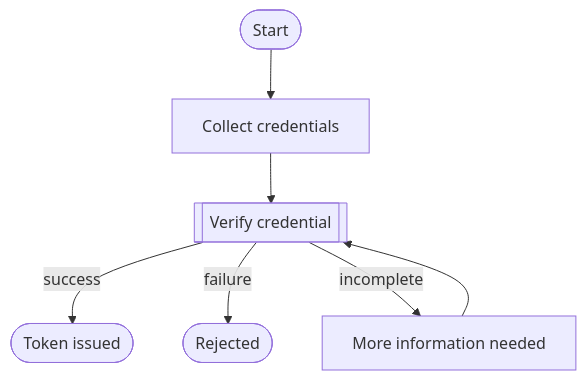
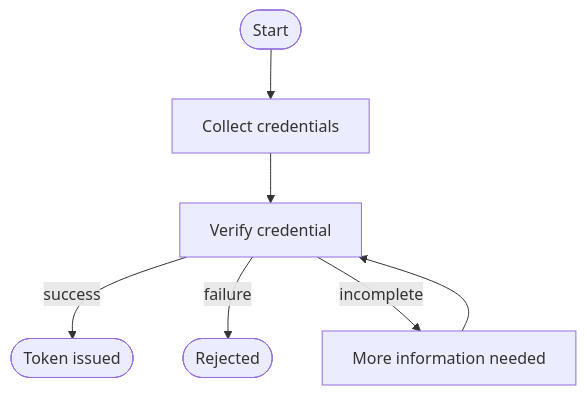
One commit to thiva-k/thunder changed the diagram in docs/versioned_docs/version-v1.0.x/use-cases/b2c/build-flows.mdx. Above: the diagram before and after it, drawn with Mermaid. The commit also changed 17 other files, not shown here.

````diff
--- a/docs/versioned_docs/version-v1.0.x/use-cases/b2c/build-flows.mdx
+++ b/docs/versioned_docs/version-v1.0.x/use-cases/b2c/build-flows.mdx
@@ -22,9 +22,9 @@
 ```mermaid
-flowchart TB
+flowchart TD
   start(["Start"]) --> prompt["Collect credentials"]
-  prompt --> task[["Verify credential"]]
-  task -->|success| finish(["Token issued"])
-  task -->|failure| rejected(["Rejected"])
+  prompt --> task["Verify credential"]
+  task -->|success| finish(["Token issued"]):::success
+  task -->|failure| rejected(["Rejected"]):::danger
   task -->|incomplete| followUp["More information needed"]
   followUp --> task
 ```
````
